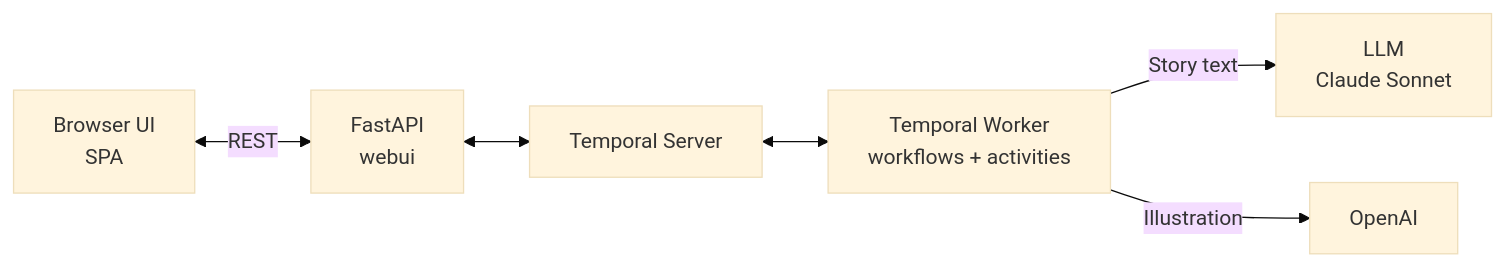
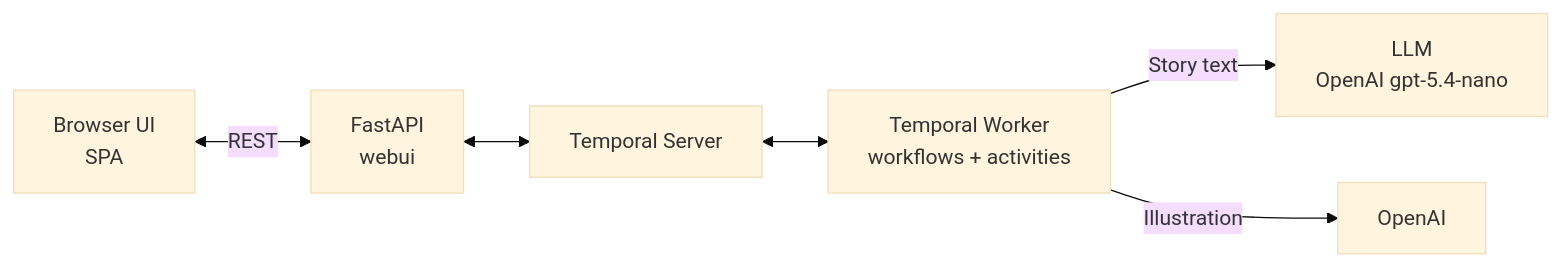
One commit to alexandreroman/temporal-bedtime-agent changed the diagram in README.md. Above: the diagram before and after it, drawn with Mermaid (base theme). The commit also changed other lines of this file and 1 other file, not shown here.

Commit message:
Switch default LLM from Claude Sonnet to OpenAI gpt-5.4-nano

````diff
--- a/README.md
+++ b/README.md
@@ -21,8 +21,8 @@
 ```mermaid
 graph LR
     A[Browser UI<br/>SPA] <-->|REST| B[FastAPI<br/>webui]
     B <--> C[Temporal Server]
     C <--> D[Temporal Worker<br/>workflows + activities]
-    D -->|Story text| E[LLM<br/>Claude Sonnet]
+    D -->|Story text| E[LLM<br/>OpenAI gpt-5.4-nano]
     D -->|Illustration| F[OpenAI]
 ```
````
